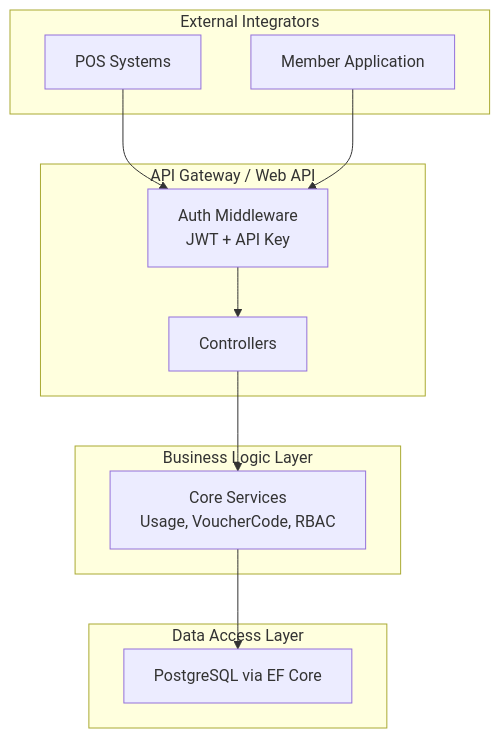
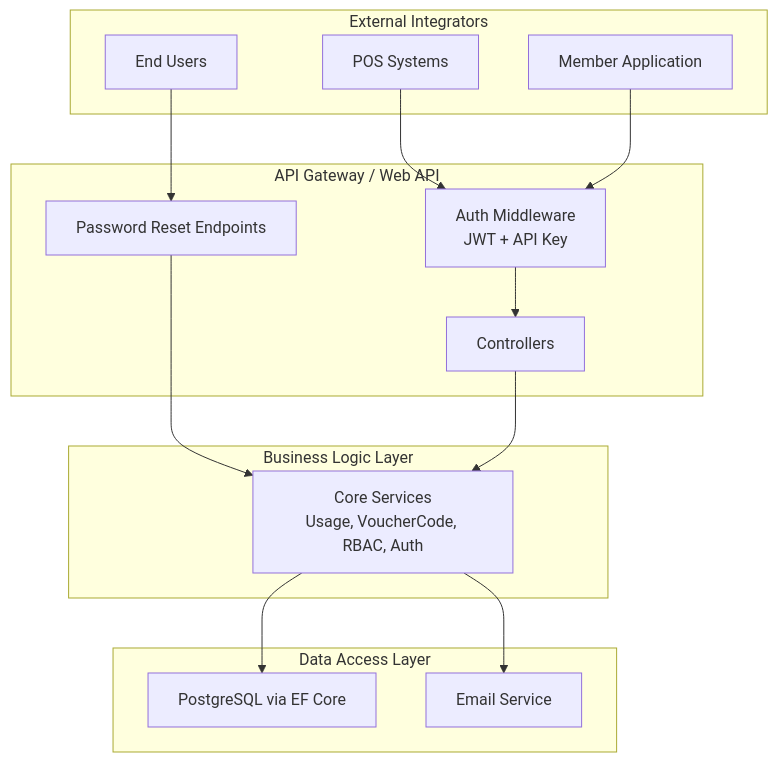
One commit to lamhongbac/NonCash changed the second of 10 diagrams in .qoder/repowiki/en/content/API Contracts and Integration/Authentication and Security.md. Above: the diagram before and after it, drawn with Mermaid. The commit also changed other lines of this file and 32 other files, not shown here.

````diff
--- a/.qoder/repowiki/en/content/API Contracts and Integration/Authentication and Security.md
+++ b/.qoder/repowiki/en/content/API Contracts and Integration/Authentication and Security.md
@@ -103,22 +126,28 @@
 ```mermaid
 graph TB
 subgraph "External Integrators"
 POS["POS Systems"]
 MemberApp["Member Application"]
+Users["End Users"]
 end
 subgraph "API Gateway / Web API"
 Auth["Auth Middleware<br/>JWT + API Key"]
 Handlers["Controllers"]
+PasswordReset["Password Reset Endpoints"]
 end
 subgraph "Business Logic Layer"
-Services["Core Services<br/>Usage, VoucherCode, RBAC"]
+Services["Core Services<br/>Usage, VoucherCode, RBAC, Auth"]
 end
 subgraph "Data Access Layer"
 DB["PostgreSQL via EF Core"]
+Email["Email Service"]
 end
 POS --> Auth
 MemberApp --> Auth
+Users --> PasswordReset
 Auth --> Handlers
+PasswordReset --> Services
 Handlers --> Services
 Services --> DB
+Services --> Email
 ```
````
